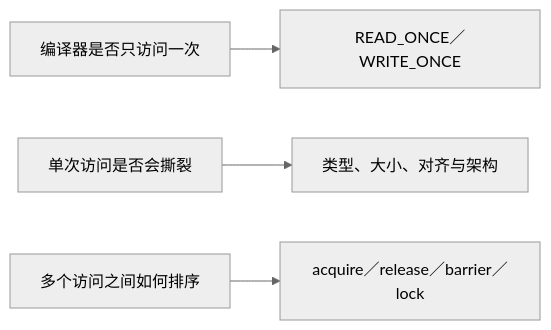
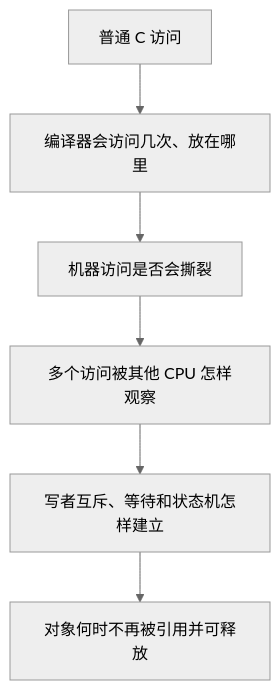
Before and after one commit to FormingSystem/linux_note: the first of 2 diagrams in knowledge/linux/memory_ordering/P01_READ_WRITE_ONCE_与_SMP_内存顺序原语.md, drawn with Mermaid (neutral theme). The commit also changed other lines of this file and 25 other files, not shown here.

````diff
--- a/knowledge/linux/memory_ordering/P01_READ_WRITE_ONCE_与_SMP_内存顺序原语.md
+++ b/knowledge/linux/memory_ordering/P01_READ_WRITE_ONCE_与_SMP_内存顺序原语.md
@@ -15,6 +20,8 @@
 ```mermaid
-flowchart LR
-    C[编译器是否只访问一次] --> O[READ_ONCE／WRITE_ONCE]
-    A[单次访问是否会撕裂] --> T[类型、大小、对齐与架构]
-    M[多个访问之间如何排序] --> B[acquire／release／barrier／lock]
+flowchart TD
+    A[普通 C 访问] --> B[编译器会访问几次、放在哪里]
+    B --> C[机器访问是否会撕裂]
+    C --> D[多个访问被其他 CPU 怎样观察]
+    D --> E[写者互斥、等待和状态机怎样建立]
+    E --> F[对象何时不再被引用并可释放]
 ```
````
